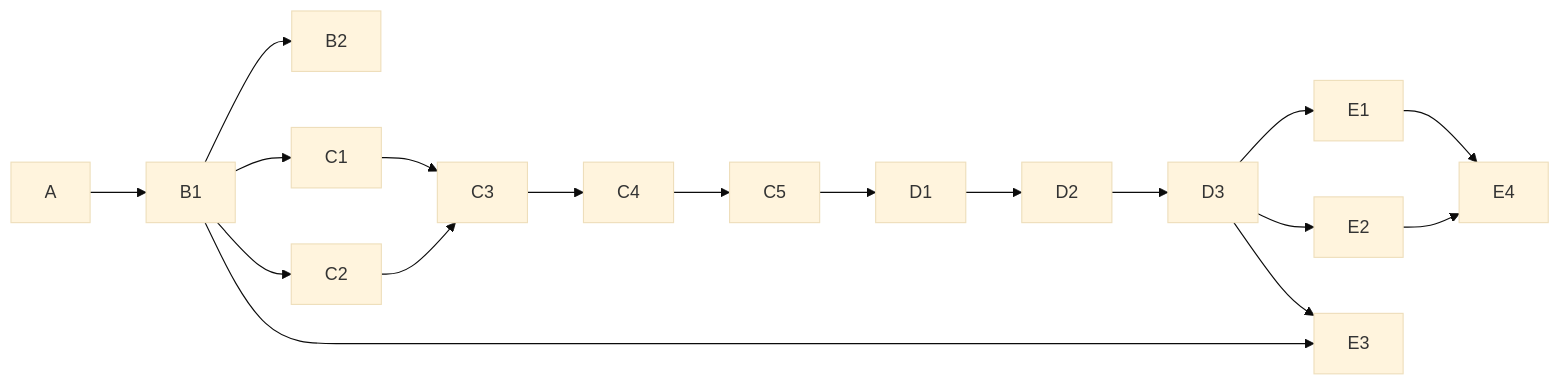
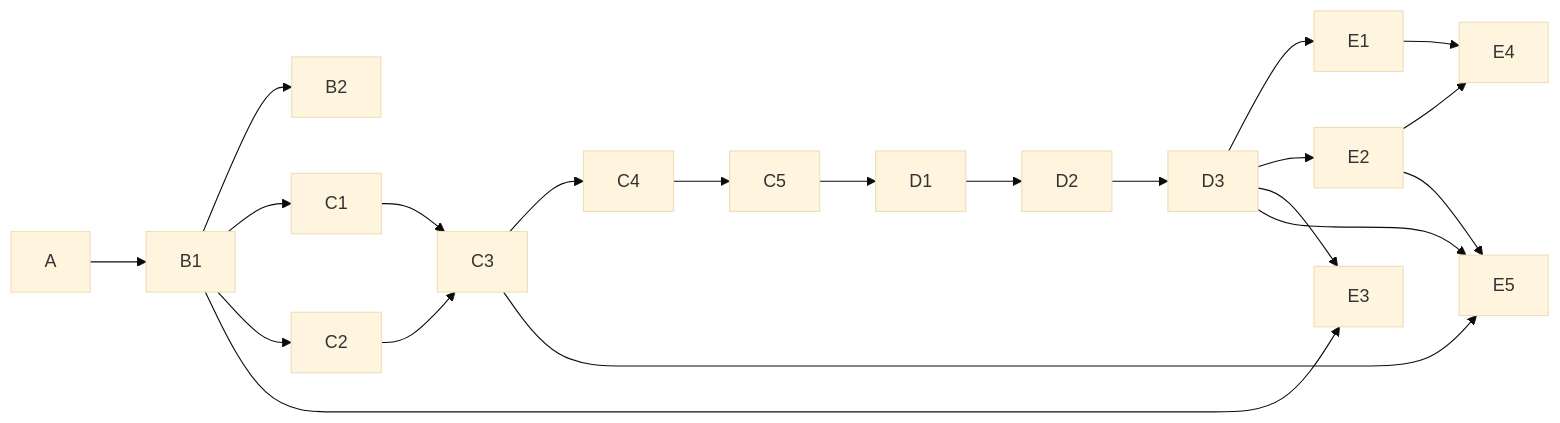
The diagram in docs/specs/11-CODE/TBL-CODE-001.md (HoyoungParkme/tableau_platform), drawn with Mermaid (base theme) before and after one commit. The commit also changed other lines of this file, not shown here.

````diff
--- a/docs/specs/11-CODE/TBL-CODE-001.md
+++ b/docs/specs/11-CODE/TBL-CODE-001.md
@@ -204,14 +216,17 @@
 ```mermaid
 flowchart LR
   A --> B1 --> B2
   B1 --> C1 --> C3
   B1 --> C2 --> C3
   C3 --> C4 --> C5
   C5 --> D1 --> D2 --> D3
   D3 --> E1
   D3 --> E2
   D3 --> E3
   B1 --> E3
   E1 --> E4
   E2 --> E4
+  D3 --> E5
+  E2 --> E5
+  C3 --> E5
 ```
````
